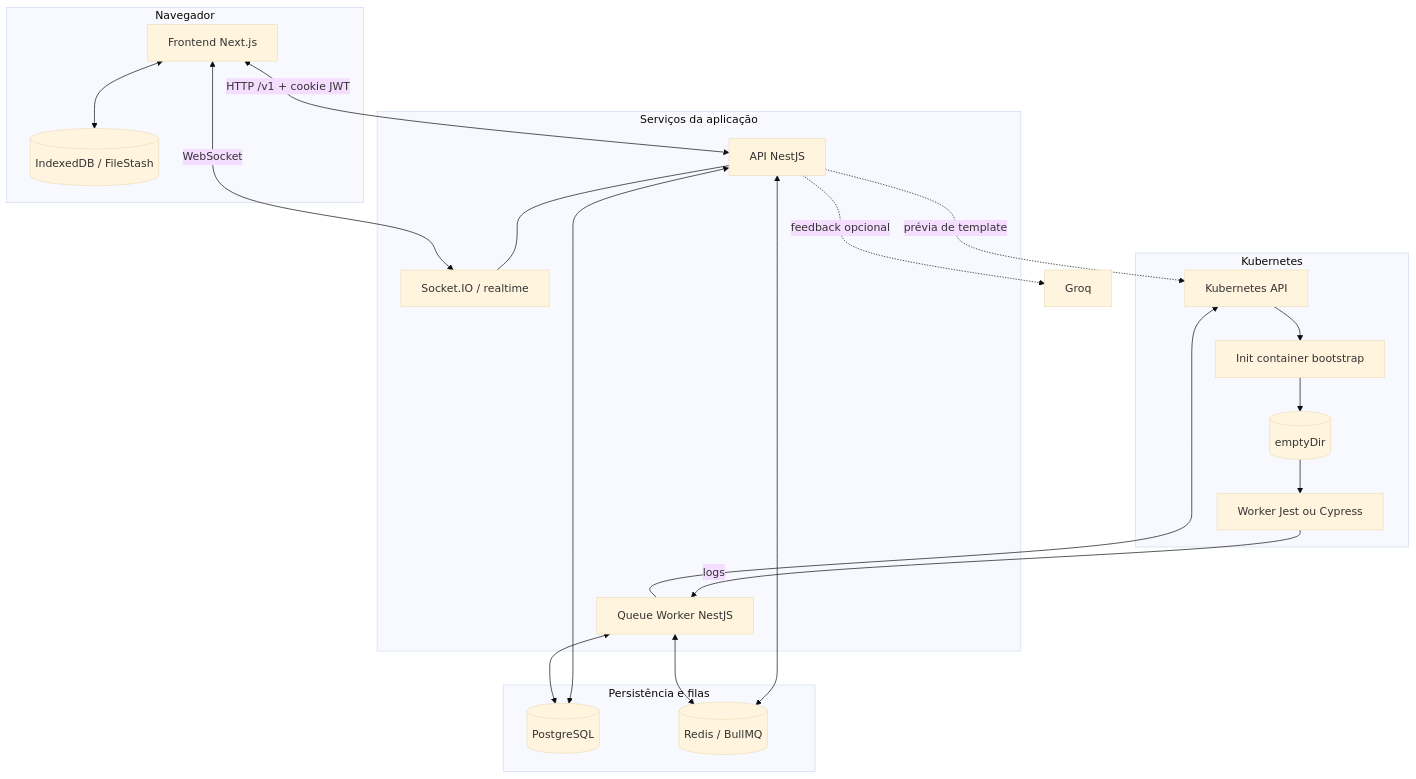
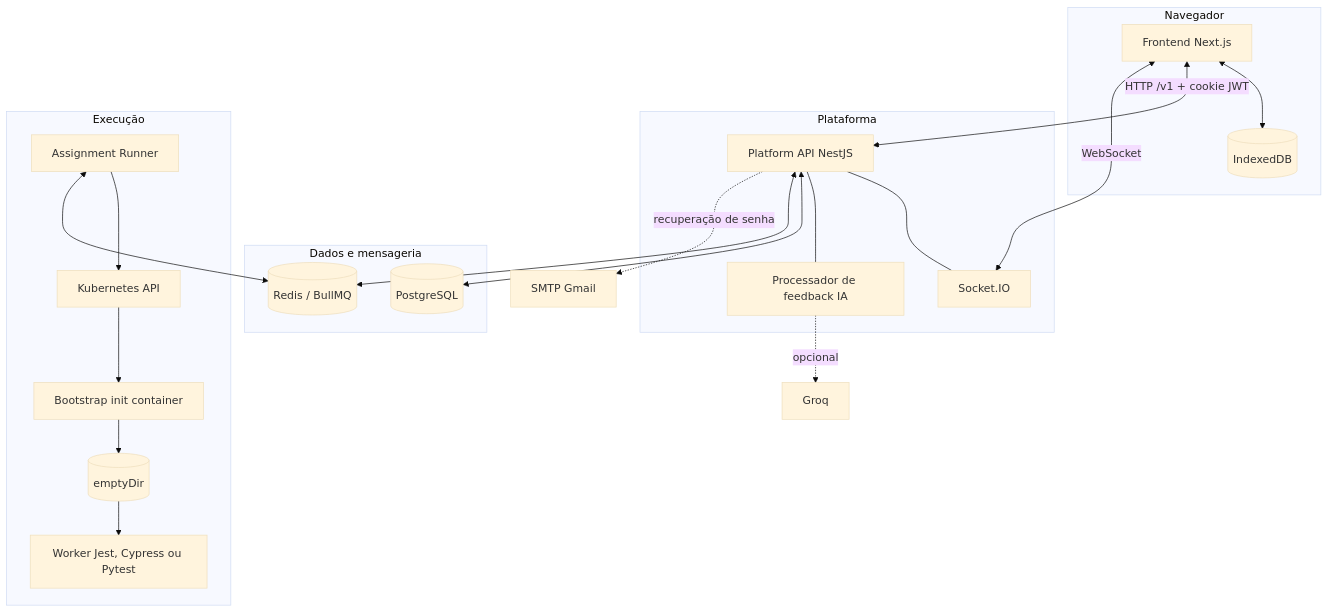
Before and after one commit to COCSI-MG/eevee: the diagram in docs/architecture.md, drawn with Mermaid (base theme). The commit also changed other lines of this file and 24 other files, not shown here.

````diff
--- a/docs/architecture.md
+++ b/docs/architecture.md
@@ -7,41 +7,41 @@
 ```mermaid
 flowchart TB
     subgraph Browser[Navegador]
         UI[Frontend Next.js]
-        IDB[(IndexedDB / FileStash)]
+        IDB[(IndexedDB)]
         UI <--> IDB
     end
 
-    subgraph App[Serviços da aplicação]
-        API[API NestJS]
-        QW[Queue Worker NestJS]
-        RT[Socket.IO / realtime]
+    subgraph Platform[Plataforma]
+        API[Platform API NestJS]
+        RT[Socket.IO]
+        AI[Processador de feedback IA]
         API --- RT
+        API --- AI
     end
 
-    subgraph Data[Persistência e filas]
+    subgraph Data[Dados e mensageria]
         PG[(PostgreSQL)]
         R[(Redis / BullMQ)]
     end
 
-    subgraph Cluster[Kubernetes]
-        KAPI[Kubernetes API]
-        INIT[Init container bootstrap]
-        EXEC[Worker Jest ou Cypress]
+    subgraph Runner[Execução]
+        AR[Assignment Runner]
+        K[Kubernetes API]
+        INIT[Bootstrap init container]
+        WORKER[Worker Jest, Cypress ou Pytest]
         VOL[(emptyDir)]
-        KAPI --> INIT
+        AR --> K
+        K --> INIT
         INIT --> VOL
-        VOL --> EXEC
+        VOL --> WORKER
     end
 
     UI <-->|HTTP /v1 + cookie JWT| API
     UI <-->|WebSocket| RT
     API <--> PG
     API <--> R
-    QW <--> R
-    QW <--> PG
-    API -. prévia de template .-> KAPI
-    QW --> KAPI
-    EXEC -->|logs| QW
-    API -. feedback opcional .-> GROQ[Groq]
+    AR <--> R
+    AI -. opcional .-> GROQ[Groq]
+    API -. recuperação de senha .-> MAIL[SMTP Gmail]
 ```
````
